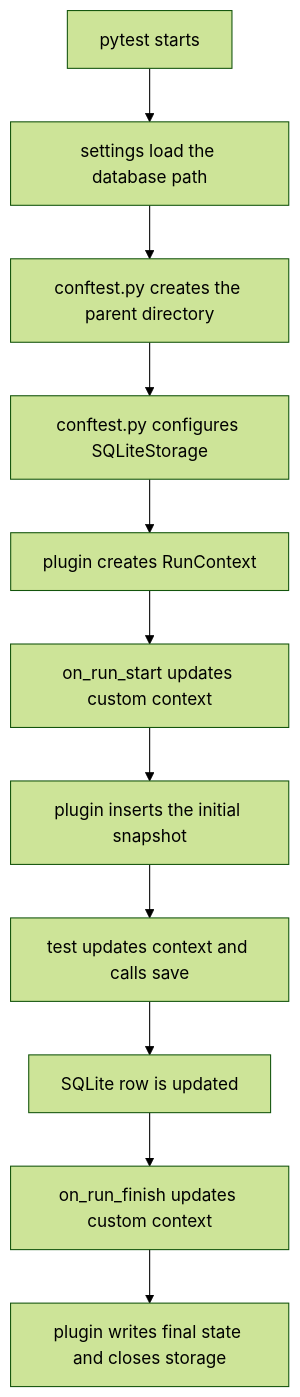
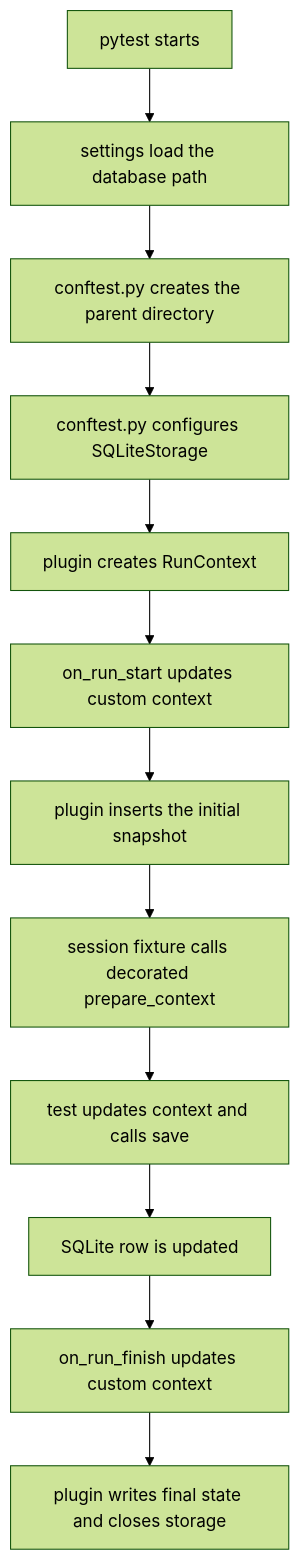
Before and after one commit to fomenko-ai/pytest-run-context: the diagram in examples/sqlite_storage/README.md, drawn with Mermaid (forest theme). The commit also changed 35 other files, not shown here.

````diff
--- a/examples/sqlite_storage/README.md
+++ b/examples/sqlite_storage/README.md
@@ -9,13 +9,14 @@
 ```mermaid
 flowchart TD
     A[pytest starts] --> B[settings load the database path]
     B --> C[conftest.py creates the parent directory]
     C --> D[conftest.py configures SQLiteStorage]
     D --> E[plugin creates RunContext]
     E --> F[on_run_start updates custom context]
     F --> G[plugin inserts the initial snapshot]
-    G --> H[test updates context and calls save]
+    G --> P[session fixture calls decorated prepare_context]
+    P --> H[test updates context and calls save]
     H --> I[SQLite row is updated]
     I --> J[on_run_finish updates custom context]
     J --> K[plugin writes final state and closes storage]
 ```
````
